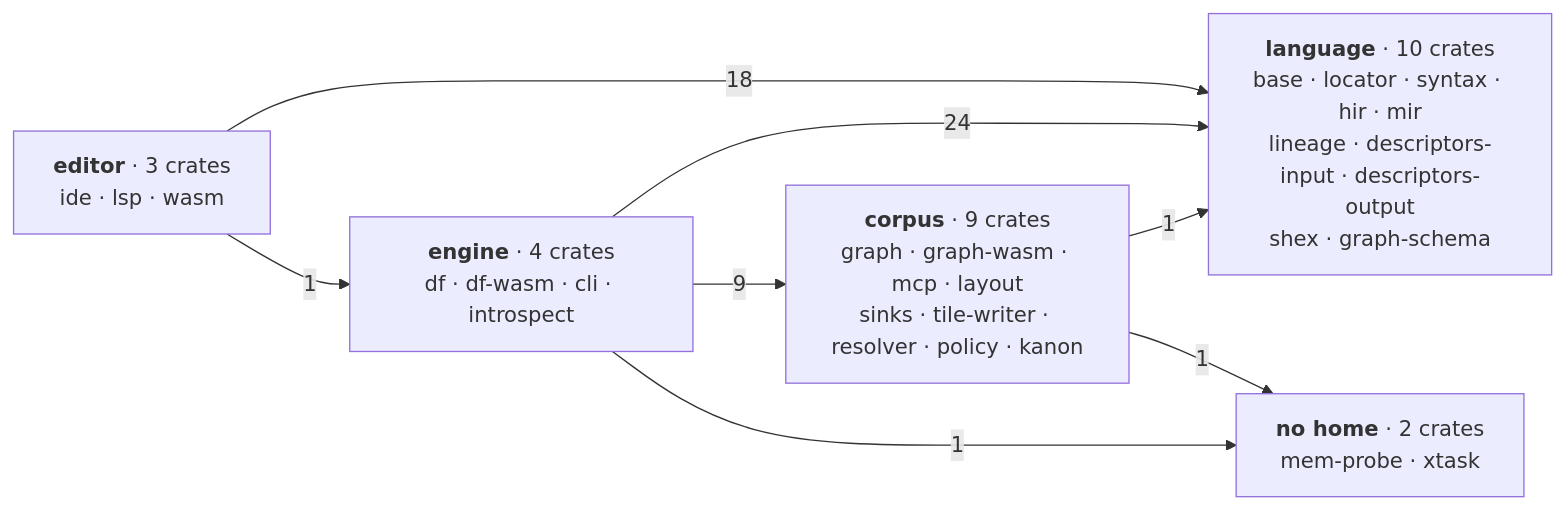
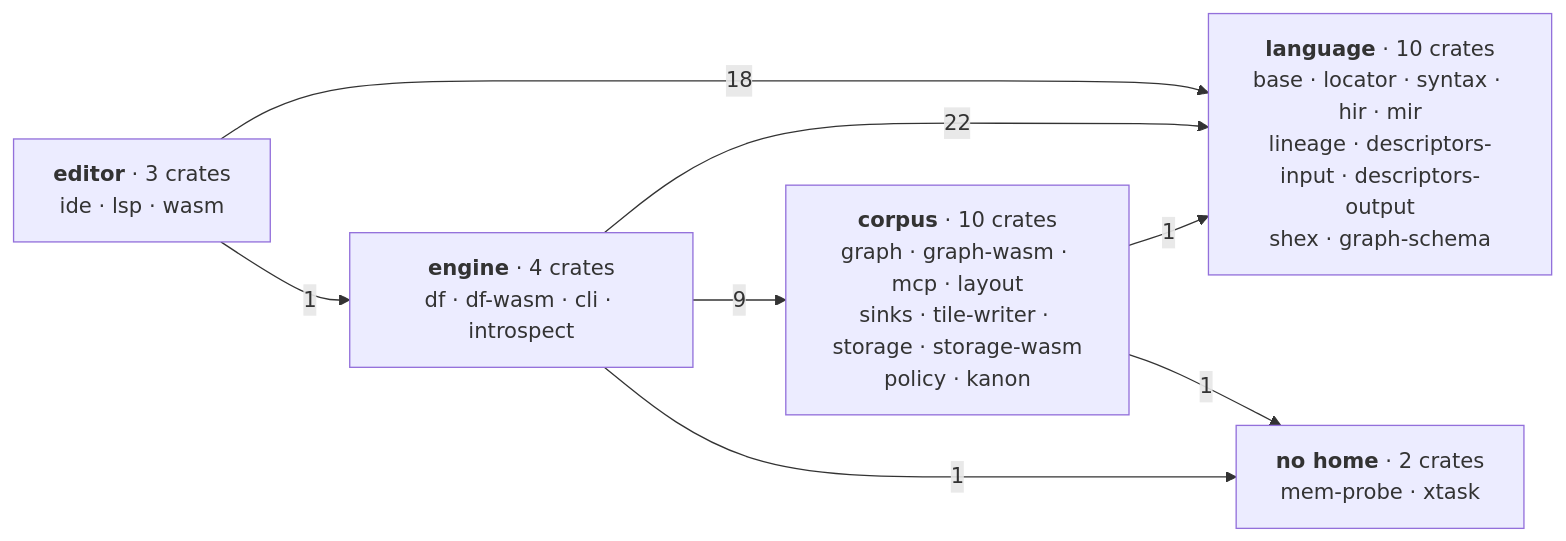
One commit to Kanzo-Tech/fossil-lang changed the first of 4 diagrams in apps/docs/content/docs/(root)/architecture.mdx. Above: the diagram before and after it, drawn with Mermaid. The commit also changed other lines of this file and 5 other files, not shown here.

````diff
--- a/apps/docs/content/docs/(root)/architecture.mdx
+++ b/apps/docs/content/docs/(root)/architecture.mdx
@@ -148,16 +148,16 @@
 ```mermaid
 graph LR
   L["<b>language</b> · 10 crates<br/>base · locator · syntax · hir · mir<br/>lineage · descriptors-input · descriptors-output<br/>shex · graph-schema"]
   E["<b>editor</b> · 3 crates<br/>ide · lsp · wasm"]
   M["<b>engine</b> · 4 crates<br/>df · df-wasm · cli · introspect"]
-  C["<b>corpus</b> · 9 crates<br/>graph · graph-wasm · mcp · layout<br/>sinks · tile-writer · resolver · policy · kanon"]
+  C["<b>corpus</b> · 10 crates<br/>graph · graph-wasm · mcp · layout<br/>sinks · tile-writer · storage · storage-wasm<br/>policy · kanon"]
   X["<b>no home</b> · 2 crates<br/>mem-probe · xtask"]
 
   E -->|18| L
   E -->|1| M
-  M -->|24| L
+  M -->|22| L
   M -->|9| C
   C -->|1| L
   M -->|1| X
   C -->|1| X
 ```
````
